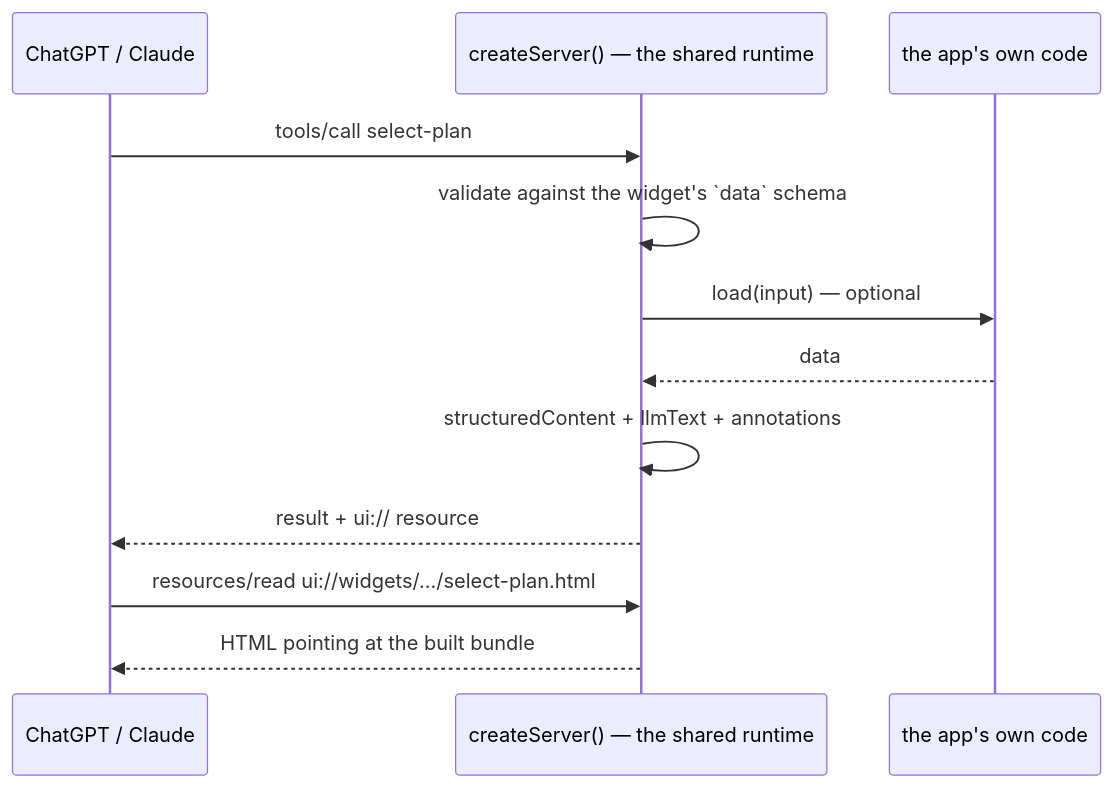
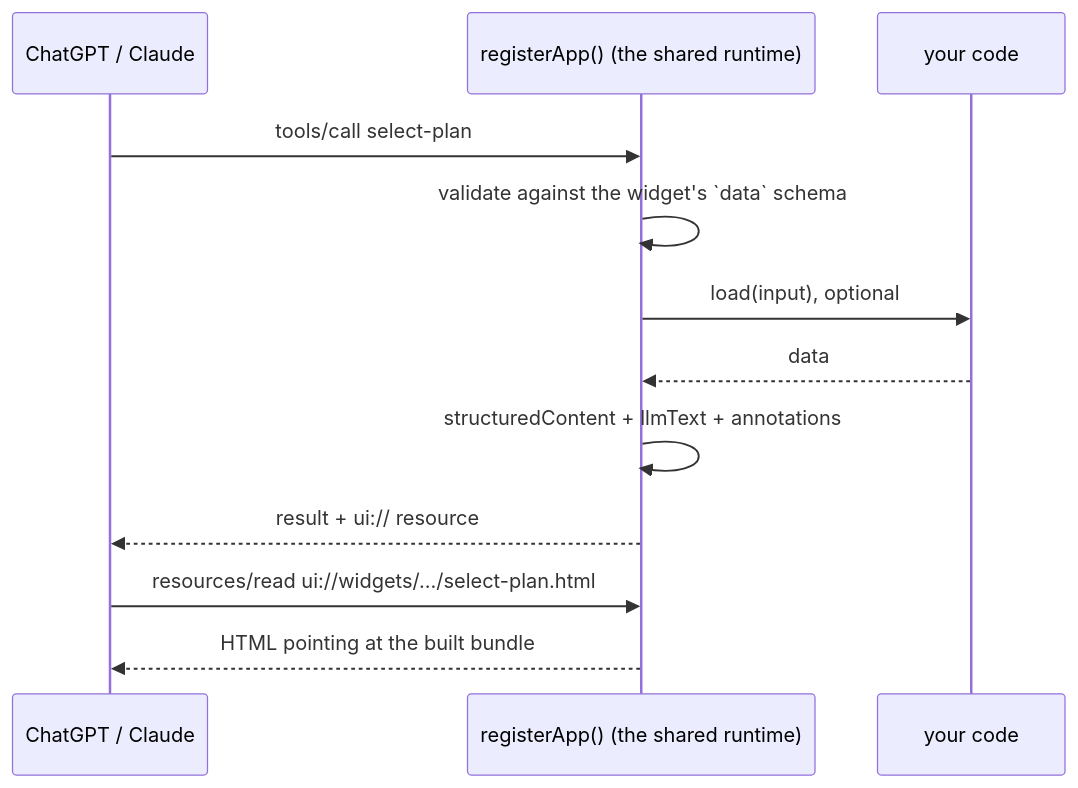
Before and after one commit to WaniWani-AI/kit: the second of 2 diagrams in README.md, drawn with Mermaid. The commit also changed other lines of this file and 7 other files, not shown here.

````diff
--- a/README.md
+++ b/README.md
@@ -62,15 +116,15 @@
 ```mermaid
 sequenceDiagram
     participant Host as ChatGPT / Claude
-    participant Server as createServer() — the shared runtime
-    participant App as the app's own code
+    participant Server as registerApp() (the shared runtime)
+    participant App as your code
 
     Host->>Server: tools/call select-plan
     Server->>Server: validate against the widget's `data` schema
-    Server->>App: load(input) — optional
+    Server->>App: load(input), optional
     App-->>Server: data
     Server->>Server: structuredContent + llmText + annotations
     Server-->>Host: result + ui:// resource
     Host->>Server: resources/read ui://widgets/.../select-plan.html
     Server-->>Host: HTML pointing at the built bundle
 ```
````
